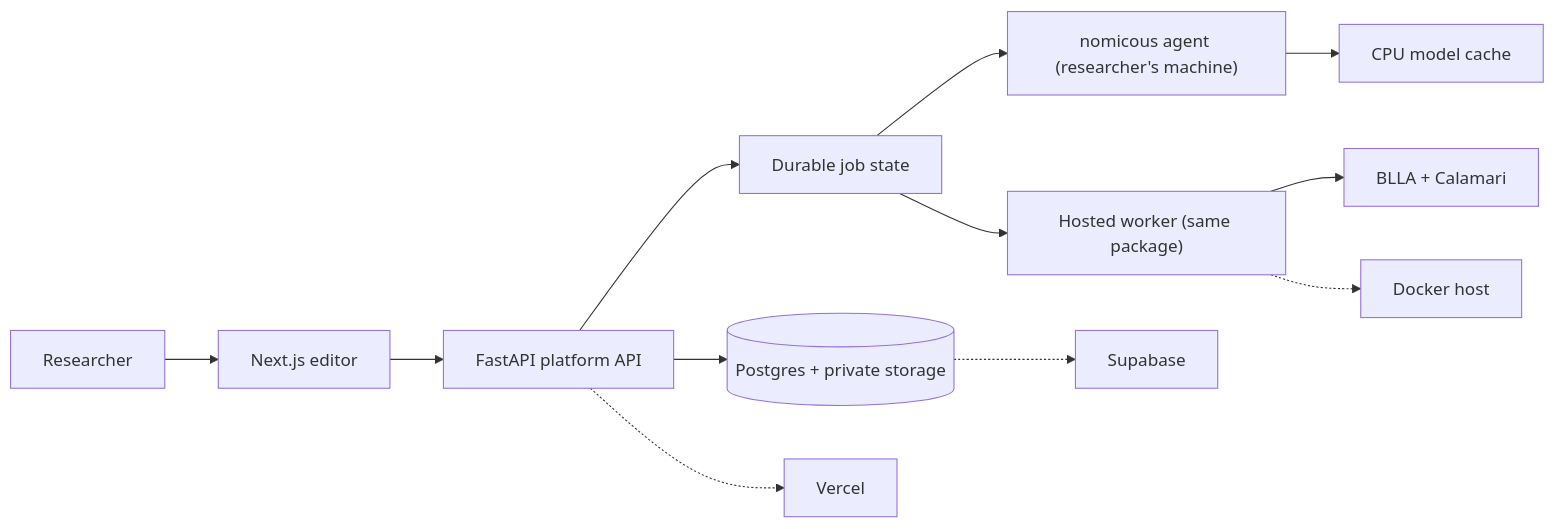
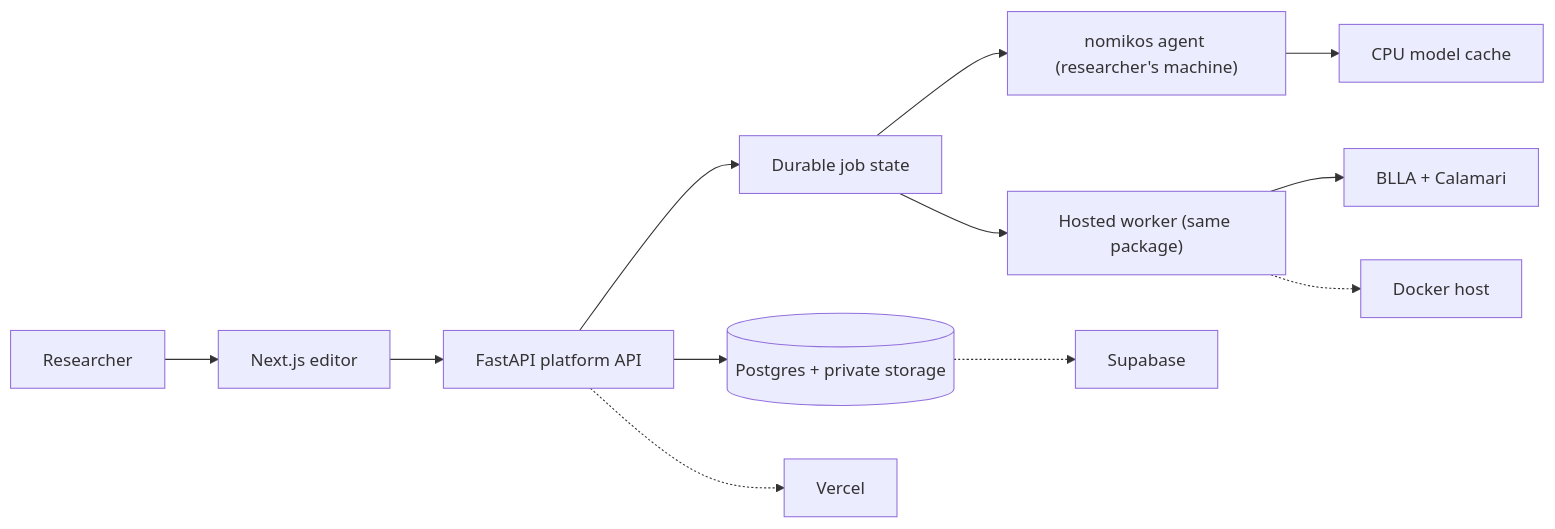
The diagram in README.md (kkkamur07/greekOCR), drawn with Mermaid before and after one commit. The commit also changed other lines of this file and 644 other files, not shown here.

First line of the commit message:
rename: nomicous -> nomikos, domain -> nomikos.app

````diff
--- a/README.md
+++ b/README.md
@@ -136,14 +136,14 @@
 ```mermaid
 flowchart LR
     Researcher["Researcher"] --> Editor["Next.js editor"]
     Editor --> API["FastAPI platform API"]
     API --> Data[("Postgres + private storage")]
     API --> Jobs["Durable job state"]
-    Jobs --> Agent["nomicous agent (researcher's machine)"]
+    Jobs --> Agent["nomikos agent (researcher's machine)"]
     Agent --> LocalModels["CPU model cache"]
     Jobs --> Worker["Hosted worker (same package)"]
     Worker --> Models["BLLA + Calamari"]
     API -.-> Vercel["Vercel"]
     Data -.-> Supabase["Supabase"]
     Worker -.-> Docker["Docker host"]
 ```
````
